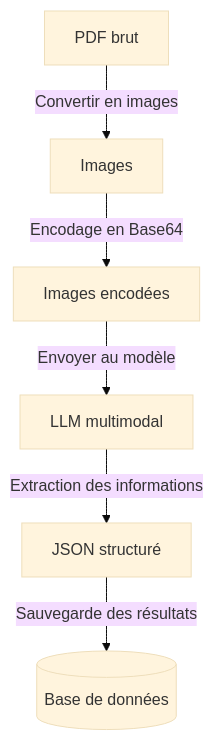
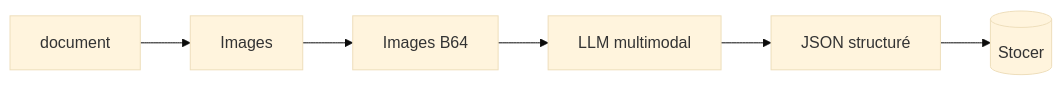
Before and after one commit to sawallesalfo/blog: the first of 2 diagrams in docs/posts/llm_extraction_information_document.md, drawn with Mermaid (base theme). The commit also changed other lines of this file, not shown here.

Commit message:
:rocket: predeploy llm text extract

````diff
--- a/docs/posts/llm_extraction_information_document.md
+++ b/docs/posts/llm_extraction_information_document.md
@@ -43,8 +42,8 @@
 ```mermaid  
-graph TB;  
-    A["PDF brut"] -->|Convertir en images| B[Images]  
-    B -->|Encodage en Base64| C[Images encodées]  
-    C -->|Envoyer au modèle| D[LLM multimodal]  
-    D -->|Extraction des informations| E[JSON structuré]  
-    E -->|Sauvegarde des résultats| F[(Base de données)]  
+graph LR;  
+    A["document"] --> B[Images]  
+    B --> C[Images B64]  
+    C -->D[LLM multimodal]  
+    D --> E[JSON structuré]  
+    E --> F[(Stocer)]  
 ```
````
